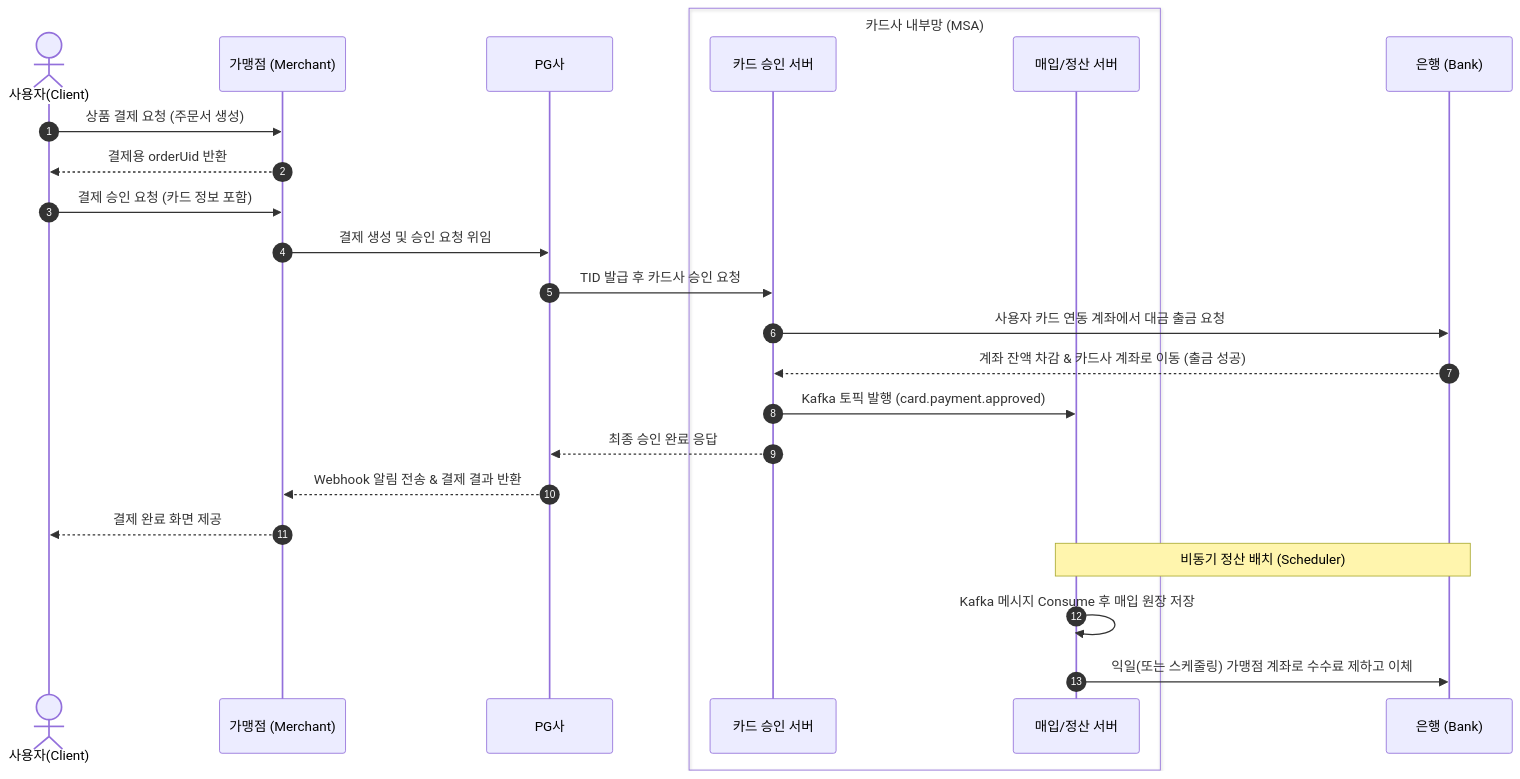
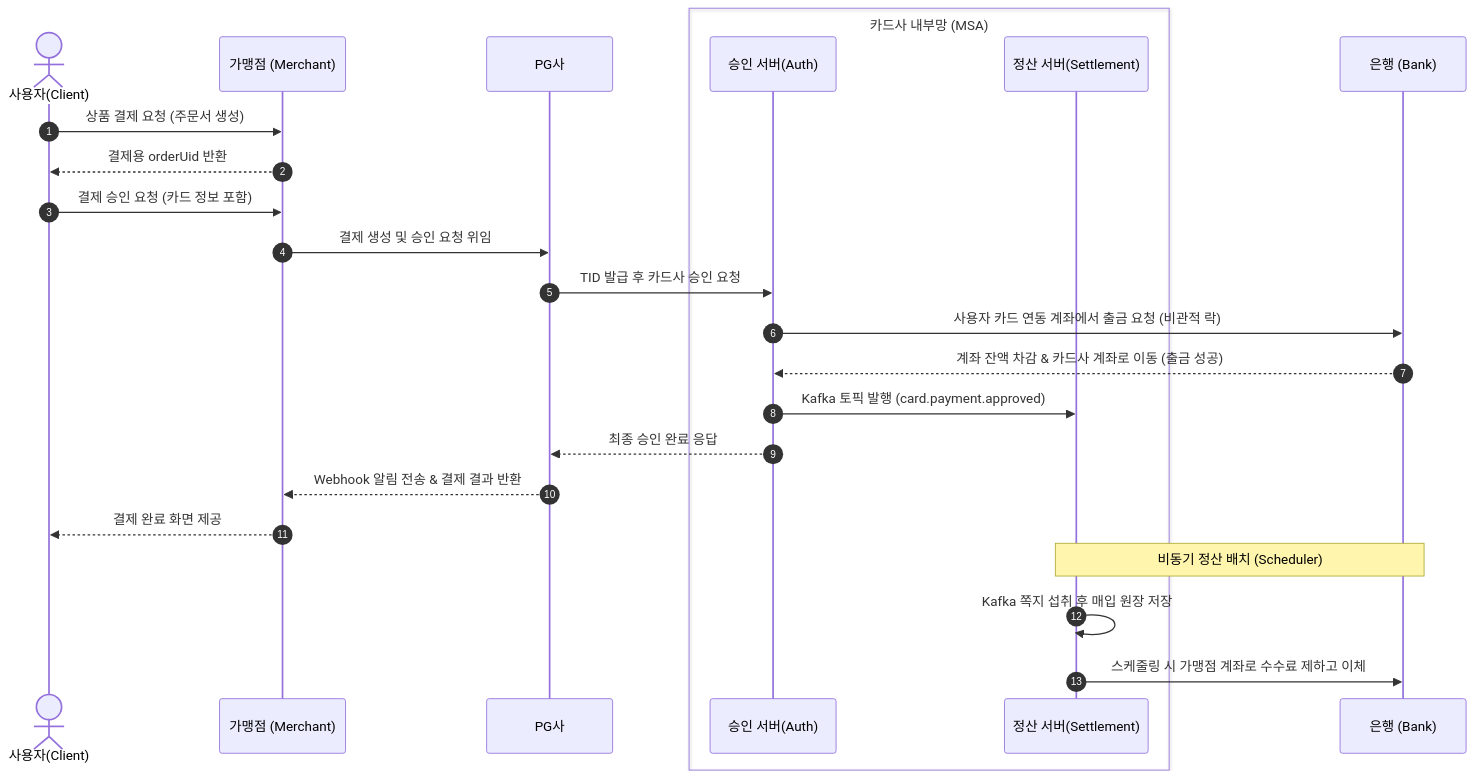
Before and after one commit to song-dela-moon/woori-payflow: the diagram in README.md, drawn with Mermaid. The commit also changed other lines of this file, not shown here.

````diff
--- a/README.md
+++ b/README.md
@@ -17,31 +27,31 @@
 ```mermaid
 sequenceDiagram
     autonumber
     actor User as 사용자(Client)
     participant M as 가맹점 (Merchant)
     participant PG as PG사
     box 카드사 내부망 (MSA)
-        participant CA as 카드 승인 서버
-        participant CS as 매입/정산 서버
+        participant CA as 승인 서버(Auth)
+        participant CS as 정산 서버(Settlement)
     end
     participant B as 은행 (Bank)
     
     User->>M: 상품 결제 요청 (주문서 생성)
     M-->>User: 결제용 orderUid 반환
     
     User->>M: 결제 승인 요청 (카드 정보 포함)
     M->>PG: 결제 생성 및 승인 요청 위임
     PG->>CA: TID 발급 후 카드사 승인 요청
     
-    CA->>B: 사용자 카드 연동 계좌에서 대금 출금 요청
+    CA->>B: 사용자 카드 연동 계좌에서 출금 요청 (비관적 락)
     B-->>CA: 계좌 잔액 차감 & 카드사 계좌로 이동 (출금 성공)
     
     CA->>CS: Kafka 토픽 발행 (card.payment.approved)
     CA-->>PG: 최종 승인 완료 응답
     PG-->>M: Webhook 알림 전송 & 결제 결과 반환
     M-->>User: 결제 완료 화면 제공
     
     Note over CS,B: 비동기 정산 배치 (Scheduler)
-    CS->>CS: Kafka 메시지 Consume 후 매입 원장 저장
-    CS->>B: 익일(또는 스케줄링) 가맹점 계좌로 수수료 제하고 이체
+    CS->>CS: Kafka 쪽지 섭취 후 매입 원장 저장
+    CS->>B: 스케줄링 시 가맹점 계좌로 수수료 제하고 이체
 ```
````
